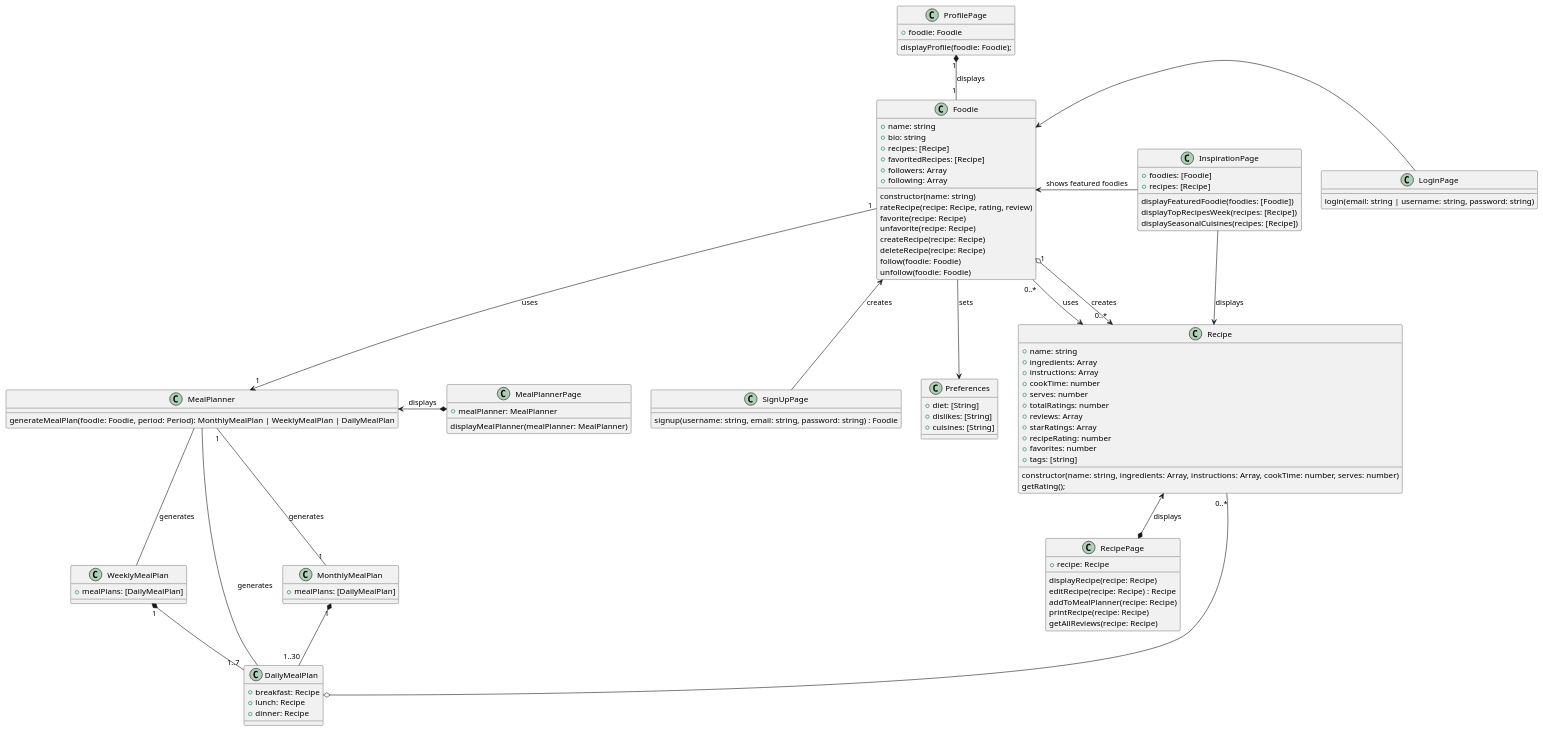
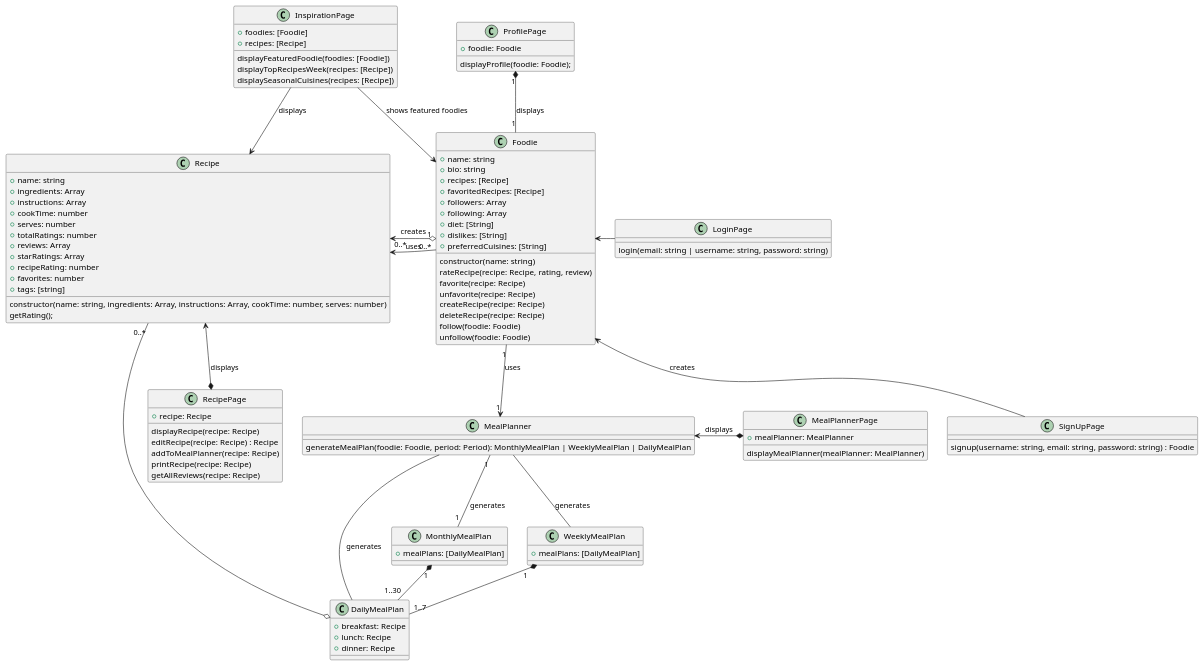
Before and after one commit to balibee/voodie: the diagram in architecture/class.puml, drawn with PlantUML.

Commit message:
Merge unnecessary Preferences class into Foodie class

```diff
--- a/architecture/class.puml
+++ b/architecture/class.puml
@@ -1,123 +1,118 @@
 @startuml Voodie Class Diagram
 
 class Foodie {
 
     +name: string
     +bio: string
     +recipes: [Recipe]
     +favoritedRecipes: [Recipe]
     +followers: Array
     +following: Array
+    +diet: [String]
+    +dislikes: [String]
+    +preferredCuisines: [String]
 
     constructor(name: string)
     rateRecipe(recipe: Recipe, rating, review)
     favorite(recipe: Recipe)
     unfavorite(recipe: Recipe)
     createRecipe(recipe: Recipe)
     deleteRecipe(recipe: Recipe)
     follow(foodie: Foodie)
     unfollow(foodie: Foodie)
 }
 
 class Recipe {
     +name: string
     +ingredients: Array
     +instructions: Array
     +cookTime: number
     +serves: number
     +totalRatings: number
     +reviews: Array
     +starRatings: Array
     +recipeRating: number
     +favorites: number
     +tags: [string]
 
     constructor(name: string, ingredients: Array, instructions: Array, cookTime: number, serves: number)
     getRating();
 }
 
 class RecipePage {
     +recipe: Recipe
 
     displayRecipe(recipe: Recipe)
     editRecipe(recipe: Recipe) : Recipe
     addToMealPlanner(recipe: Recipe)
     printRecipe(recipe: Recipe)
     getAllReviews(recipe: Recipe)
 }
 
 class MealPlannerPage {
     +mealPlanner: MealPlanner
     displayMealPlanner(mealPlanner: MealPlanner)
 }
 
 class MealPlanner {
     generateMealPlan(foodie: Foodie, period: Period): MonthlyMealPlan | WeeklyMealPlan | DailyMealPlan
 }
 
 class MonthlyMealPlan {
     +mealPlans: [DailyMealPlan]
 }
 
 class WeeklyMealPlan {
     +mealPlans: [DailyMealPlan]
 }
 
 class DailyMealPlan {
     +breakfast: Recipe
     +lunch: Recipe
     +dinner: Recipe
 }
 
 class InspirationPage {
     +foodies: [Foodie]
     +recipes: [Recipe]
 
     displayFeaturedFoodie(foodies: [Foodie])
     displayTopRecipesWeek(recipes: [Recipe])
     displaySeasonalCuisines(recipes: [Recipe])
 }
 
 class LoginPage {
     login(email: string | username: string, password: string)
 }
 
 class SignUpPage {
     signup(username: string, email: string, password: string) : Foodie
 }
 
 class ProfilePage {
     +foodie: Foodie
     displayProfile(foodie: Foodie);
 }
 
-class Preferences {
-    +diet: [String]
-    +dislikes: [String]
-    +cuisines: [String]
-}
-
 ProfilePage "1" *-- "1" Foodie : displays
 
 Foodie <-right- LoginPage
 Foodie <-down- SignUpPage : creates
 Foodie "1" o-> "0..*" Recipe : creates
 Foodie "1" --> "1" MealPlanner : uses
 Foodie <- InspirationPage : shows featured foodies
 
 MealPlanner "1" -- "1" MonthlyMealPlan : generates
 MealPlanner -down- WeeklyMealPlan : generates
 MealPlanner - DailyMealPlan : generates
 MealPlanner <-right-* MealPlannerPage : displays
 
 MonthlyMealPlan "1" *-down- "1..30" DailyMealPlan
 WeeklyMealPlan "1" *-- "1..7" DailyMealPlan
 
 Recipe <-right- "0..*" Foodie : uses
 Recipe "0..*" -o DailyMealPlan
 Recipe <-down-* RecipePage : displays
 Recipe <-up- InspirationPage: displays
 
-Preferences <-up- Foodie : sets
-
 @enduml
```
